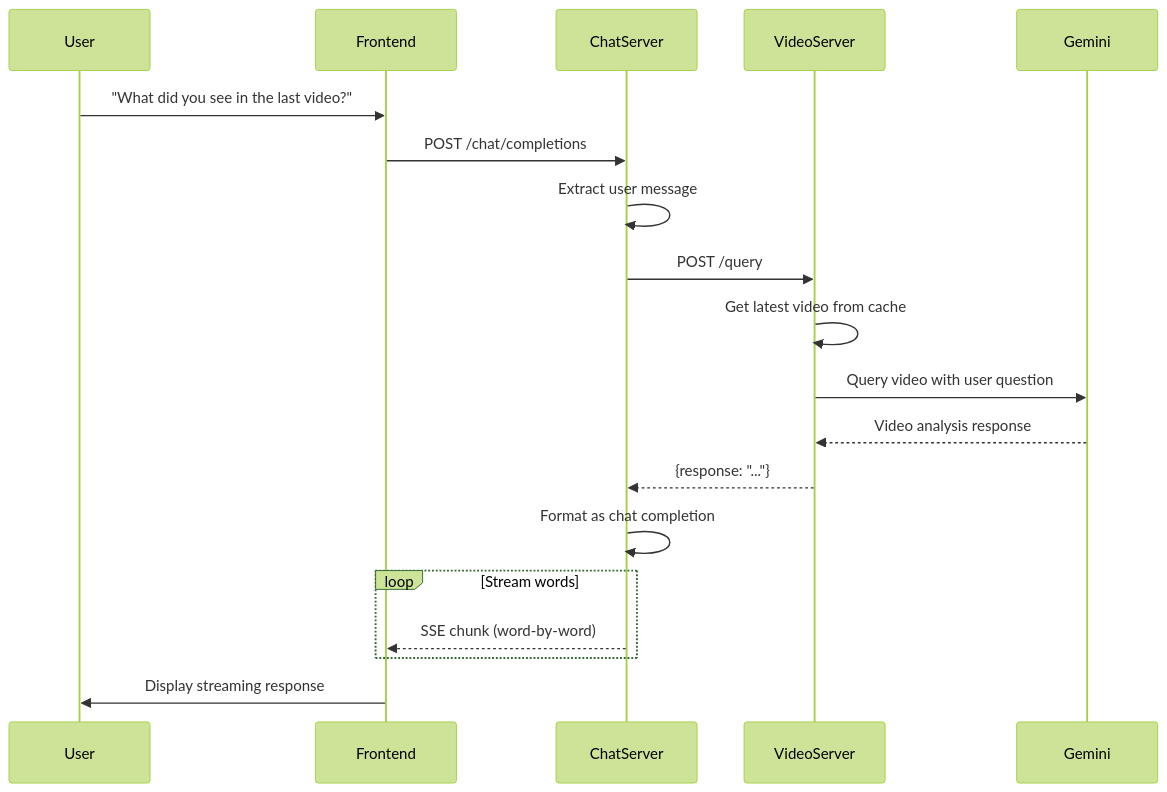
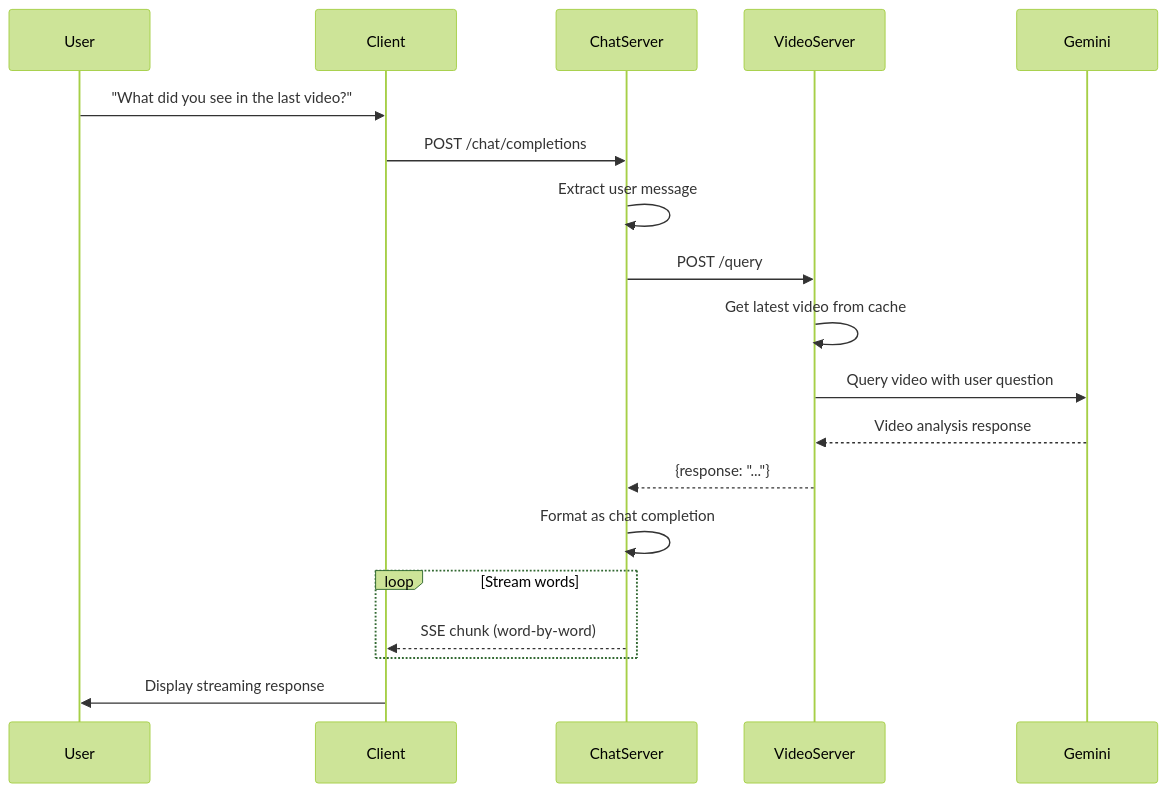
Before and after one commit to agamg/treehacks-clampsai: the fourth of 5 diagrams in README.md, drawn with Mermaid (forest theme). The commit also changed other lines of this file and 82 other files, not shown here.

````diff
--- a/README.md
+++ b/README.md
@@ -122,22 +122,22 @@
 ```mermaid
 sequenceDiagram
     participant User
-    participant Frontend
+    participant Client
     participant ChatServer
     participant VideoServer
     participant Gemini
     
-    User->>Frontend: "What did you see in the last video?"
-    Frontend->>ChatServer: POST /chat/completions
+    User->>Client: "What did you see in the last video?"
+    Client->>ChatServer: POST /chat/completions
     ChatServer->>ChatServer: Extract user message
     ChatServer->>VideoServer: POST /query
     VideoServer->>VideoServer: Get latest video from cache
     VideoServer->>Gemini: Query video with user question
     Gemini-->>VideoServer: Video analysis response
     VideoServer-->>ChatServer: {response: "..."}
     ChatServer->>ChatServer: Format as chat completion
     loop Stream words
-        ChatServer-->>Frontend: SSE chunk (word-by-word)
+        ChatServer-->>Client: SSE chunk (word-by-word)
     end
-    Frontend->>User: Display streaming response
+    Client->>User: Display streaming response
 ```
````
